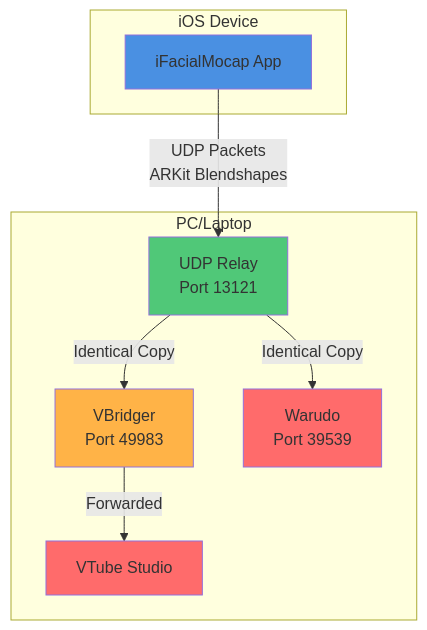
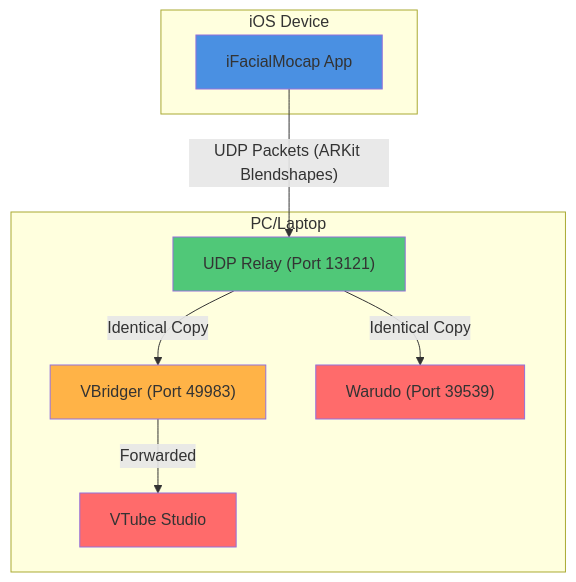
Before and after one commit to whykusanagi/VTuberHub: the first of 2 diagrams in README.md, drawn with Mermaid. The commit also changed other lines of this file, not shown here.

Commit message:
fix: remove br tags from mermaid charts for GitHub compatibility

````diff
--- a/README.md
+++ b/README.md
@@ -23,24 +23,24 @@
 ```mermaid
 graph TB
     subgraph "iOS Device"
         A[iFacialMocap App]
     end
     
     subgraph "PC/Laptop"
-        B[UDP Relay<br/>Port 13121]
-        C[VBridger<br/>Port 49983]
+        B["UDP Relay (Port 13121)"]
+        C["VBridger (Port 49983)"]
         D[VTube Studio]
-        E[Warudo<br/>Port 39539]
+        E["Warudo (Port 39539)"]
     end
     
-    A -->|UDP Packets<br/>ARKit Blendshapes| B
+    A -->|"UDP Packets (ARKit Blendshapes)"| B
     B -->|Identical Copy| C
     C -->|Forwarded| D
     B -->|Identical Copy| E
     
     style A fill:#4A90E2
     style B fill:#50C878
     style C fill:#FFB347
     style D fill:#FF6B6B
     style E fill:#FF6B6B
 ```
````
